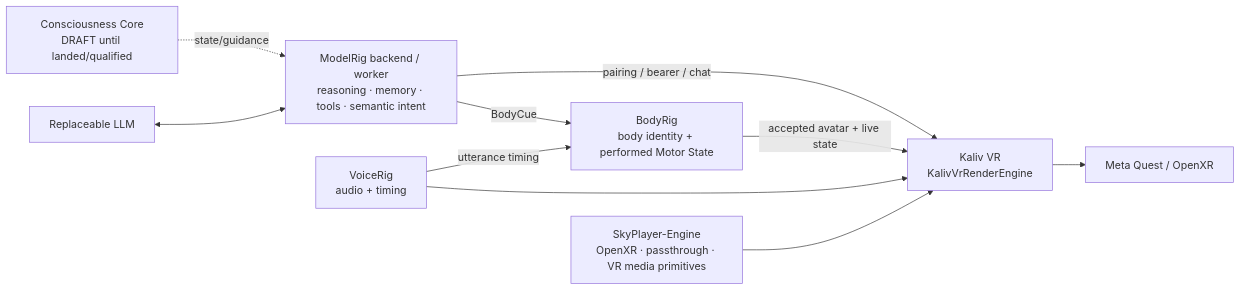
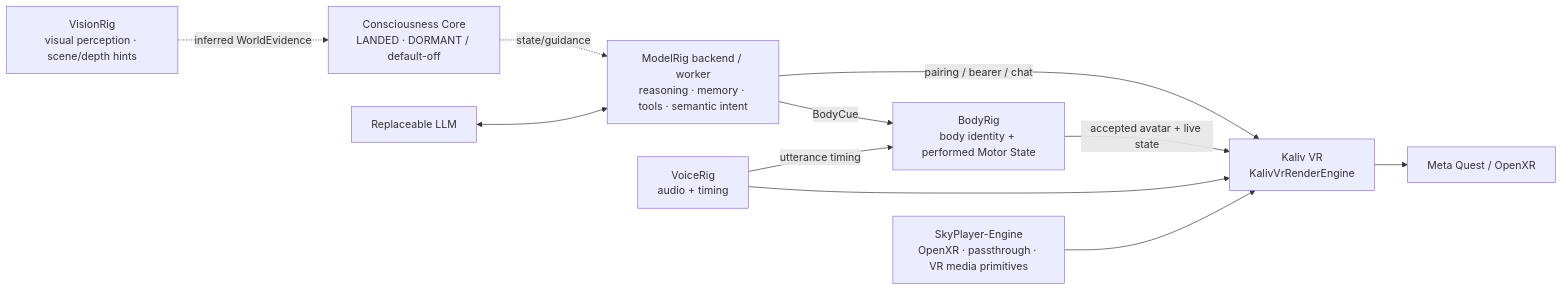
The diagram in vr/README.md (Ternedal/ModelRig), drawn with Mermaid before and after one commit.

Commit message:
docs: fix landed Consciousness Core authority labels

````diff
--- a/vr/README.md
+++ b/vr/README.md
@@ -11,12 +11,13 @@
 ```mermaid
 flowchart LR
-    CC["Consciousness Core\nDRAFT until landed/qualified"] -. "state/guidance" .-> MR["ModelRig backend / worker\nreasoning · memory · tools · semantic intent"]
+    CC["Consciousness Core\nLANDED · DORMANT / default-off"] -. "state/guidance" .-> MR["ModelRig backend / worker\nreasoning · memory · tools · semantic intent"]
     LLM["Replaceable LLM"] <--> MR
+    VIS["VisionRig\nvisual perception · scene/depth hints"] -. "inferred WorldEvidence" .-> CC
     MR -->|"pairing / bearer / chat"| KVR["Kaliv VR\nKalivVrRenderEngine"]
     MR -->|"BodyCue"| BR["BodyRig\nbody identity + performed Motor State"]
     BR -->|"accepted avatar + live state"| KVR
     VO["VoiceRig\naudio + timing"] --> KVR
     VO -->|"utterance timing"| BR
     SP["SkyPlayer-Engine\nOpenXR · passthrough · VR media primitives"] --> KVR
     KVR --> Q["Meta Quest / OpenXR"]
 ```
````
